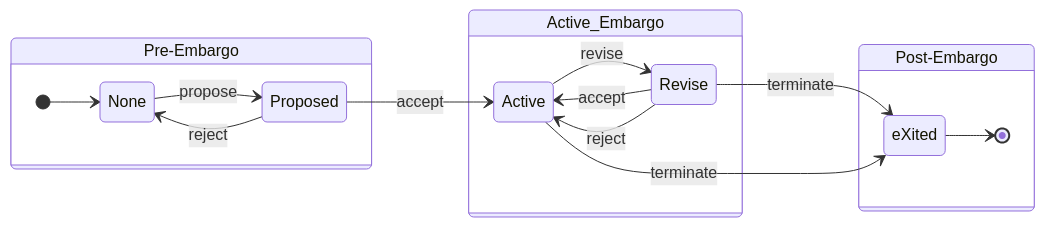
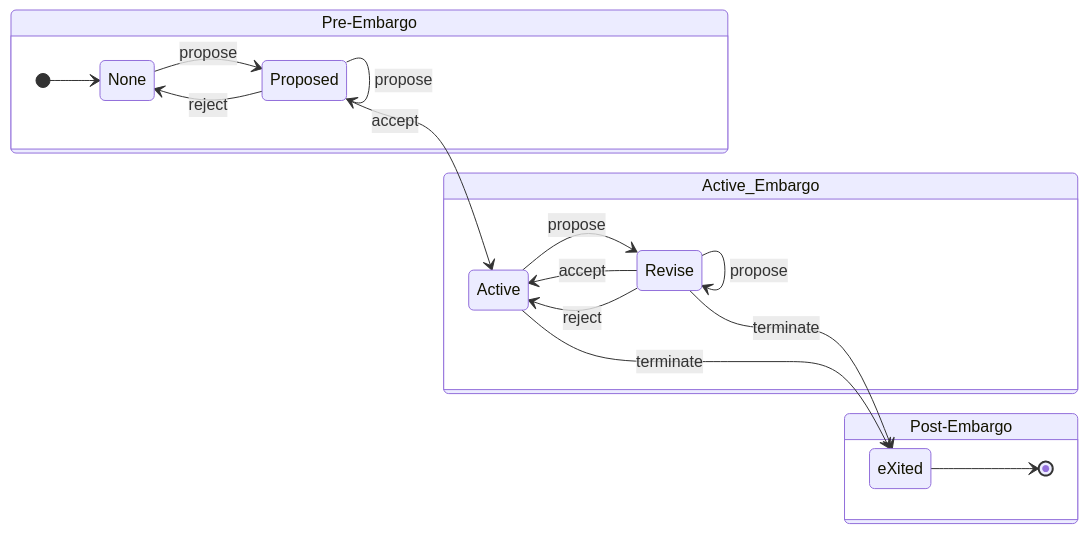
Before and after one commit to CERTCC/Vultron: the diagram in docs/process_models/em/em_dfa_diagram.md, drawn with Mermaid. The commit also changed 6 other files, not shown here.

````diff
--- a/docs/process_models/em/em_dfa_diagram.md
+++ b/docs/process_models/em/em_dfa_diagram.md
@@ -2,20 +2,22 @@
 ```mermaid
 stateDiagram-v2
     direction LR
     state Pre-Embargo {
         [*] --> None
         None --> Proposed : propose
+        Proposed --> Proposed : propose
         Proposed --> None : reject
         Proposed --> Active : accept
     }
     state Active_Embargo {
-        Active --> Revise : revise
+        Active --> Revise : propose
         Revise --> Active : accept
         Revise --> Active : reject
+        Revise --> Revise : propose
         Revise --> eXited : terminate
         Active --> eXited : terminate
     }
     state Post-Embargo {
         eXited --> [*]
     }
 ```
````
